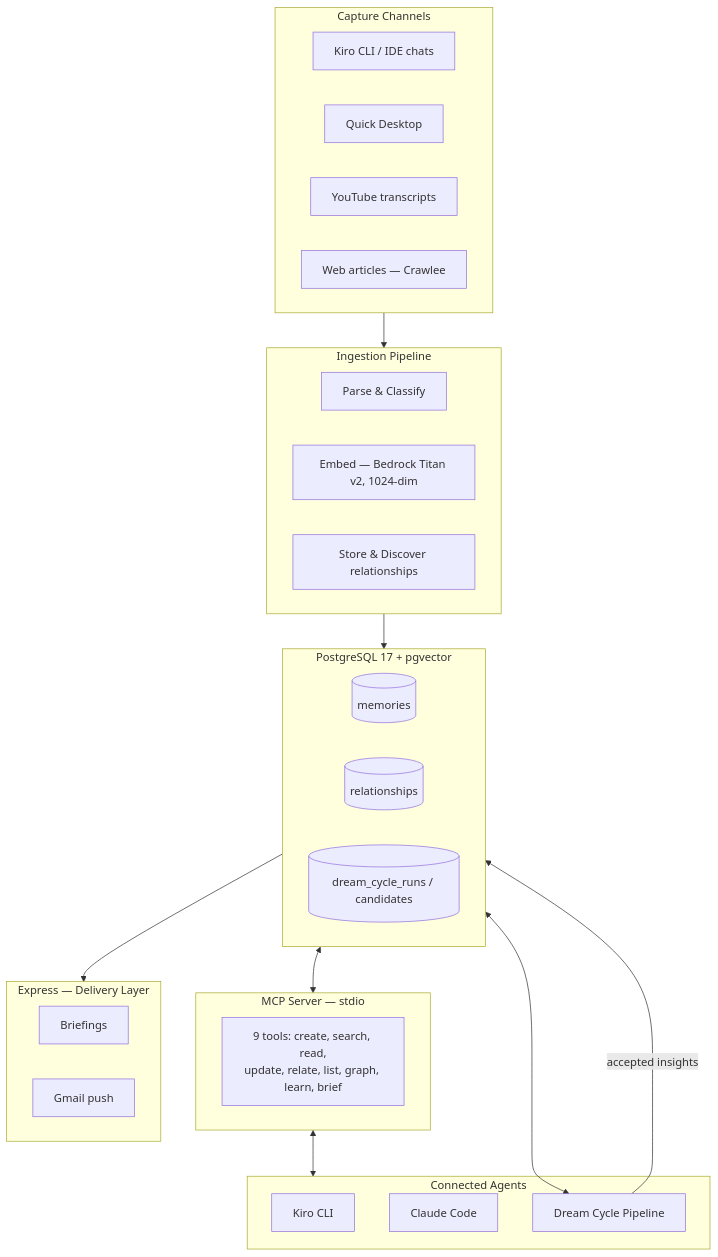
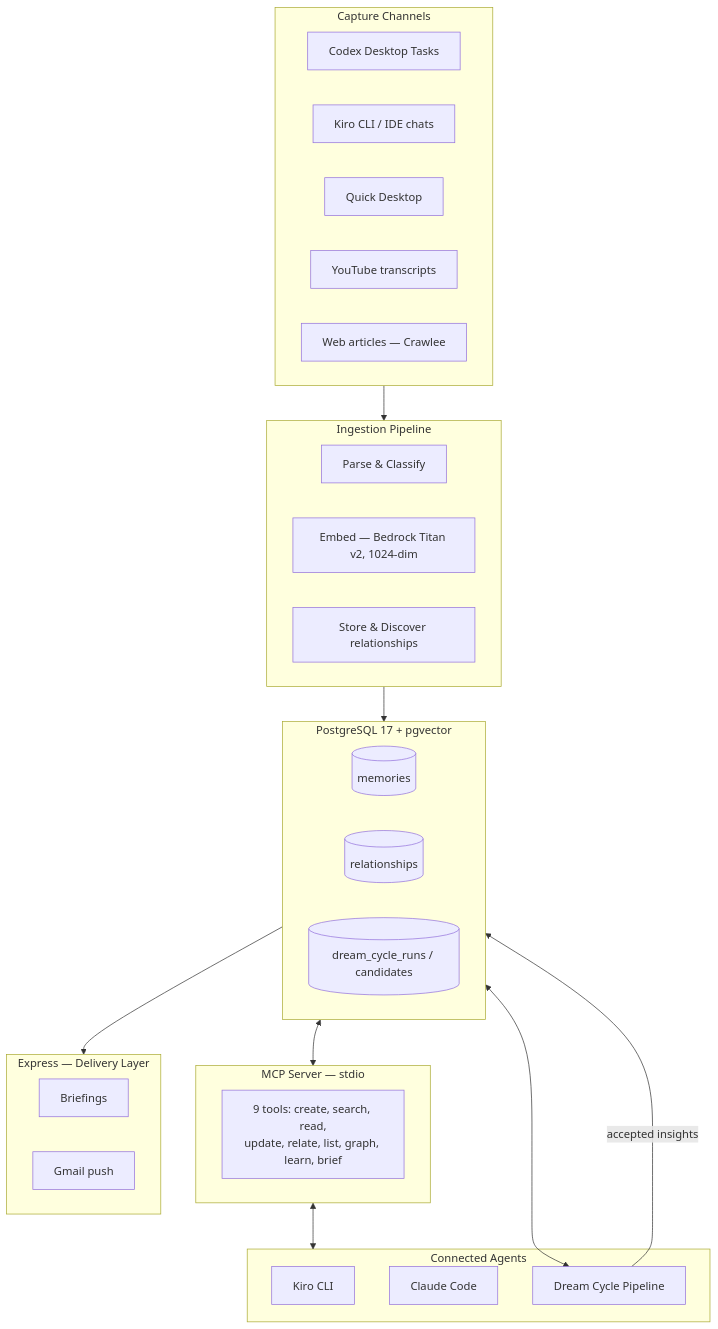
The diagram in docs/user-guide/architecture.md (Kerr1st/Second-Brain), drawn with Mermaid before and after one commit. The commit also changed other lines of this file and 38 other files, not shown here.

Commit message:
Document Second Brain component architecture

````diff
--- a/docs/user-guide/architecture.md
+++ b/docs/user-guide/architecture.md
@@ -28,44 +32,45 @@
 ```mermaid
 flowchart TD
     subgraph Capture["Capture Channels"]
+        CD[Codex Desktop Tasks]
         KC[Kiro CLI / IDE chats]
         QD[Quick Desktop]
         YT[YouTube transcripts]
         WA[Web articles — Crawlee]
     end
 
     subgraph Ingest["Ingestion Pipeline"]
         P[Parse & Classify]
         E[Embed — Bedrock Titan v2, 1024-dim]
         S[Store & Discover relationships]
     end
 
     subgraph Store["PostgreSQL 17 + pgvector"]
         M[(memories)]
         R[(relationships)]
         DC[(dream_cycle_runs / candidates)]
     end
 
     subgraph MCP["MCP Server — stdio"]
         T[9 tools: create, search, read,\nupdate, relate, list, graph, learn, brief]
     end
 
     subgraph Agents["Connected Agents"]
         A1[Kiro CLI]
         A2[Claude Code]
         A3[Dream Cycle Pipeline]
     end
 
     subgraph Deliver["Express — Delivery Layer"]
         BR[Briefings]
         GP[Gmail push]
     end
 
     Capture --> Ingest
     Ingest --> Store
     Store <--> MCP
     MCP <--> Agents
     Store <--> A3
     A3 -->|accepted insights| Store
     Store --> Deliver
 ```
````
